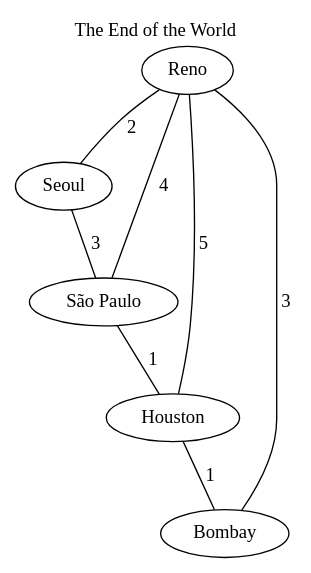
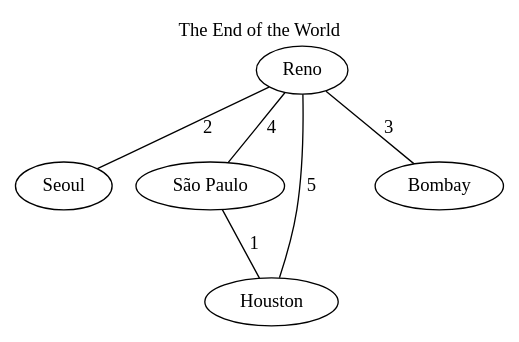
Before and after one commit to williamgarner/CPE-400-Project: the diagram in src/graphOutput.dot, drawn with Graphviz. The commit also changed 4 other files, not shown here.

```diff
--- a/src/graphOutput.dot
+++ b/src/graphOutput.dot
@@ -1,25 +1,19 @@
 graph G{
 0[label = "Reno"]
 1[label = "Seoul"]
 0 -- 1[label= " 2"];
 0[label = "Reno"]
 2[label = "São Paulo"]
 0 -- 2[label= " 4"];
 0[label = "Reno"]
 3[label = "Houston"]
 0 -- 3[label= " 5"];
 0[label = "Reno"]
 4[label = "Bombay"]
 0 -- 4[label= " 3"];
-1[label = "Seoul"]
-2[label = "São Paulo"]
-1 -- 2[label= " 3"];
 2[label = "São Paulo"]
 3[label = "Houston"]
 2 -- 3[label= " 1"];
-3[label = "Houston"]
-4[label = "Bombay"]
-3 -- 4[label= " 1"];
 labelloc="t"
 label="The End of the World"
 }
```
